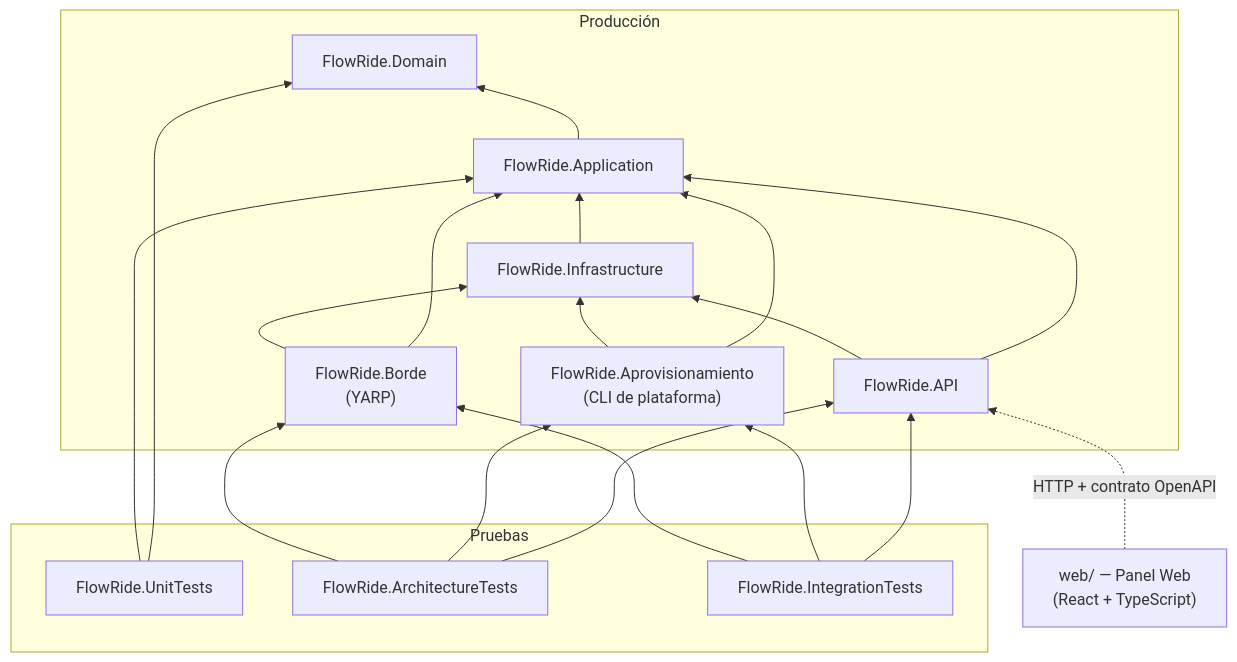
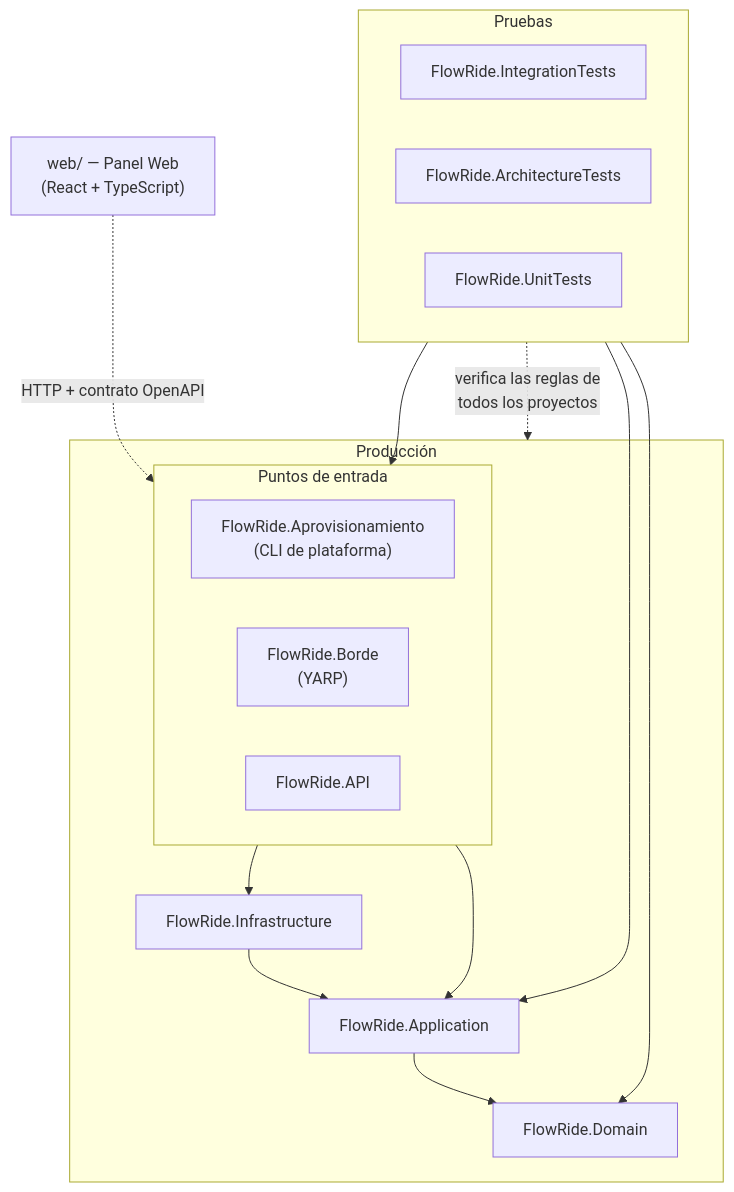
One commit to jhonnyebc/FlowRide changed the second of 8 diagrams in docs/DAS.md. Above: the diagram before and after it, drawn with Mermaid. The commit also changed other lines of this file and 11 other files, not shown here.

First line of the commit message:
docs: modelo entidad-relación real y diagramas del DAS revisados

````diff
--- a/docs/DAS.md
+++ b/docs/DAS.md
@@ -1524,35 +1524,31 @@
 ```mermaid
-flowchart BT
+flowchart TB
+    web["web/ — Panel Web<br/>(React + TypeScript)"]
+    subgraph pruebas["Pruebas"]
+        direction LR
+        it["FlowRide.IntegrationTests"]
+        at["FlowRide.ArchitectureTests"]
+        ut["FlowRide.UnitTests"]
+    end
     subgraph prod["Producción"]
+        subgraph entrada["Puntos de entrada"]
+            direction LR
+            apr["FlowRide.Aprovisionamiento<br/>(CLI de plataforma)"]
+            bor["FlowRide.Borde<br/>(YARP)"]
+            api["FlowRide.API"]
+        end
+        inf["FlowRide.Infrastructure"]
+        app["FlowRide.Application"]
         dom["FlowRide.Domain"]
-        app["FlowRide.Application"]
-        inf["FlowRide.Infrastructure"]
-        api["FlowRide.API"]
-        apr["FlowRide.Aprovisionamiento<br/>(CLI de plataforma)"]
-        bor["FlowRide.Borde<br/>(YARP)"]
     end
-    subgraph pruebas["Pruebas"]
-        ut["FlowRide.UnitTests"]
-        at["FlowRide.ArchitectureTests"]
-        it["FlowRide.IntegrationTests"]
-    end
-    web["web/ — Panel Web<br/>(React + TypeScript)"]
 
+    web -.->|"HTTP + contrato OpenAPI"| api
+    it --> entrada
+    at -.->|"verifica las reglas de<br/>todos los proyectos"| prod
+    ut --> app
+    ut --> dom
+    entrada --> inf
+    entrada --> app
+    inf --> app
     app --> dom
-    inf --> app
-    api --> app
-    api --> inf
-    apr --> app
-    apr --> inf
-    bor --> app
-    bor --> inf
-    ut --> dom
-    ut --> app
-    at --> api
-    at --> apr
-    at --> bor
-    it --> api
-    it --> apr
-    it --> bor
-    web -.->|"HTTP + contrato OpenAPI"| api
 ```
````
